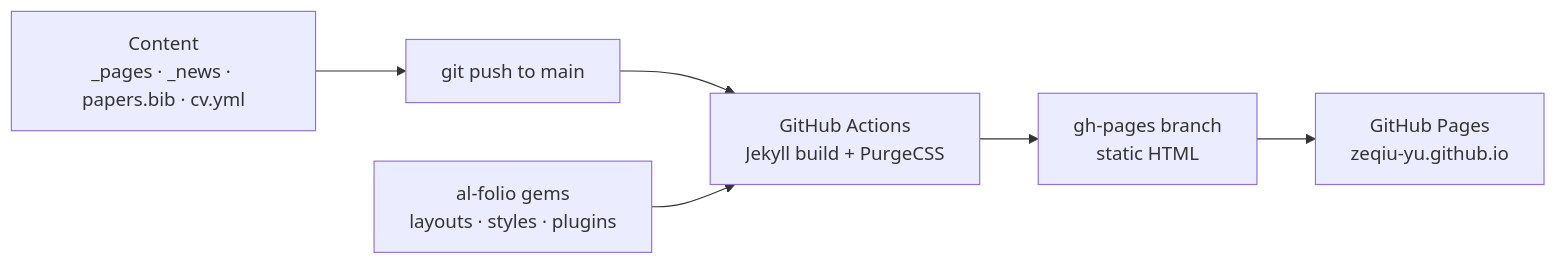
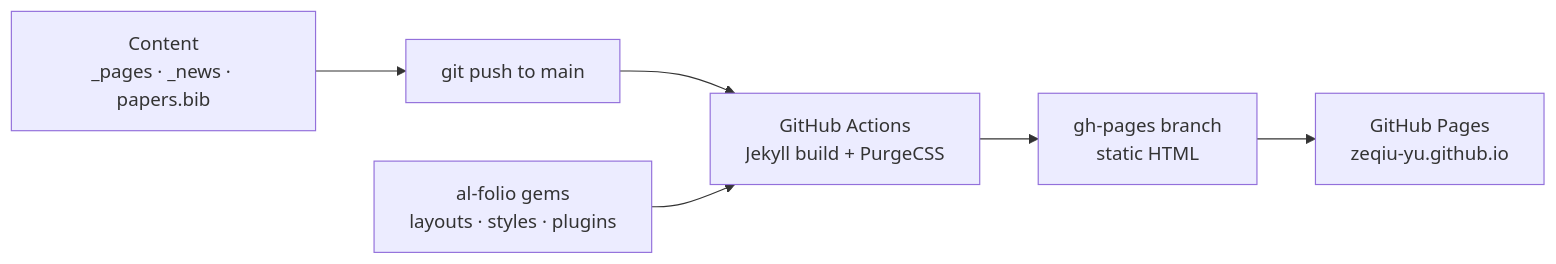
Before and after one commit to Zeqiu-Yu/Zeqiu-Yu.github.io: the diagram in README.md, drawn with Mermaid. The commit also changed other lines of this file and 2 other files, not shown here.

````diff
--- a/README.md
+++ b/README.md
@@ -64,8 +62,8 @@
 ```mermaid
 flowchart LR
-    A["Content<br/>_pages · _news · papers.bib · cv.yml"] --> B["git push to main"]
+    A["Content<br/>_pages · _news · papers.bib"] --> B["git push to main"]
     B --> C["GitHub Actions<br/>Jekyll build + PurgeCSS"]
     G["al-folio gems<br/>layouts · styles · plugins"] --> C
     C --> D["gh-pages branch<br/>static HTML"]
     D --> E["GitHub Pages<br/>zeqiu-yu.github.io"]
 ```
````
